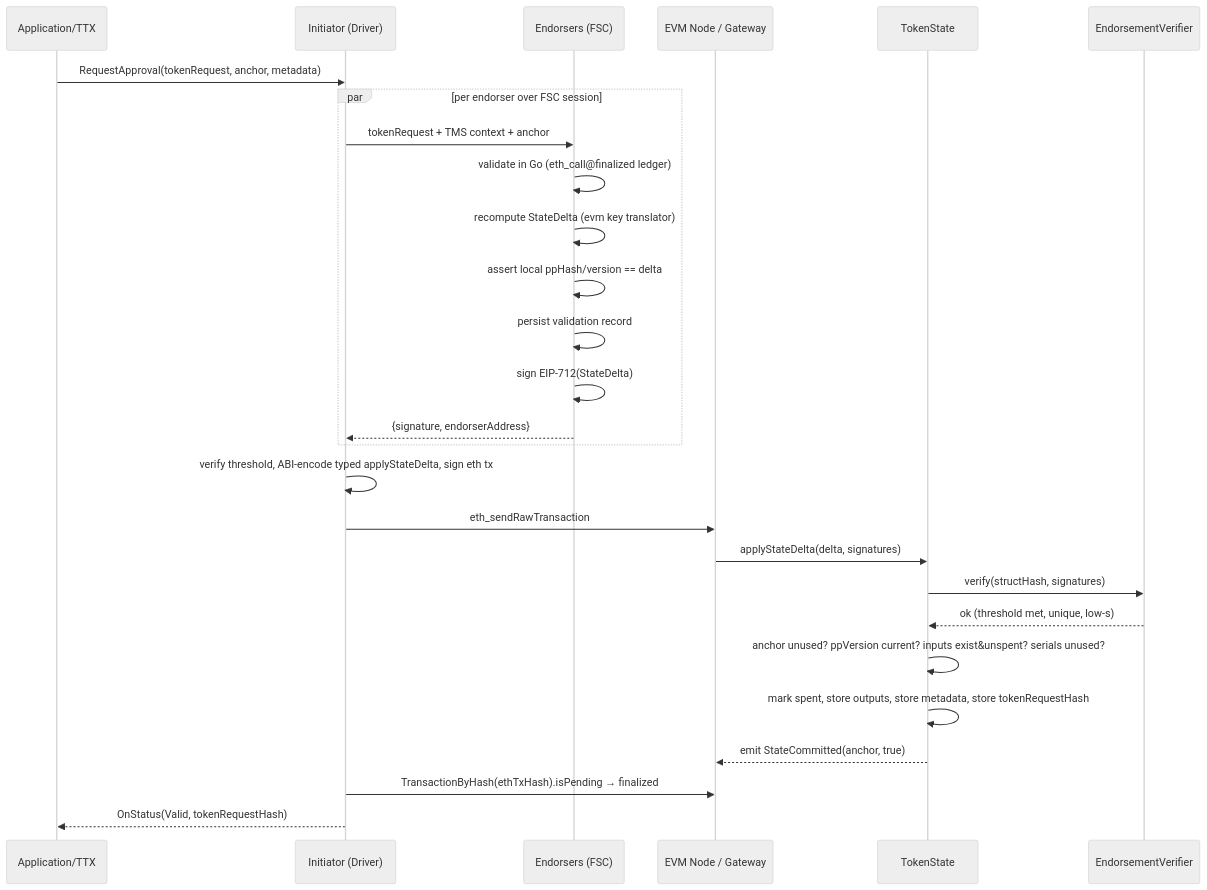
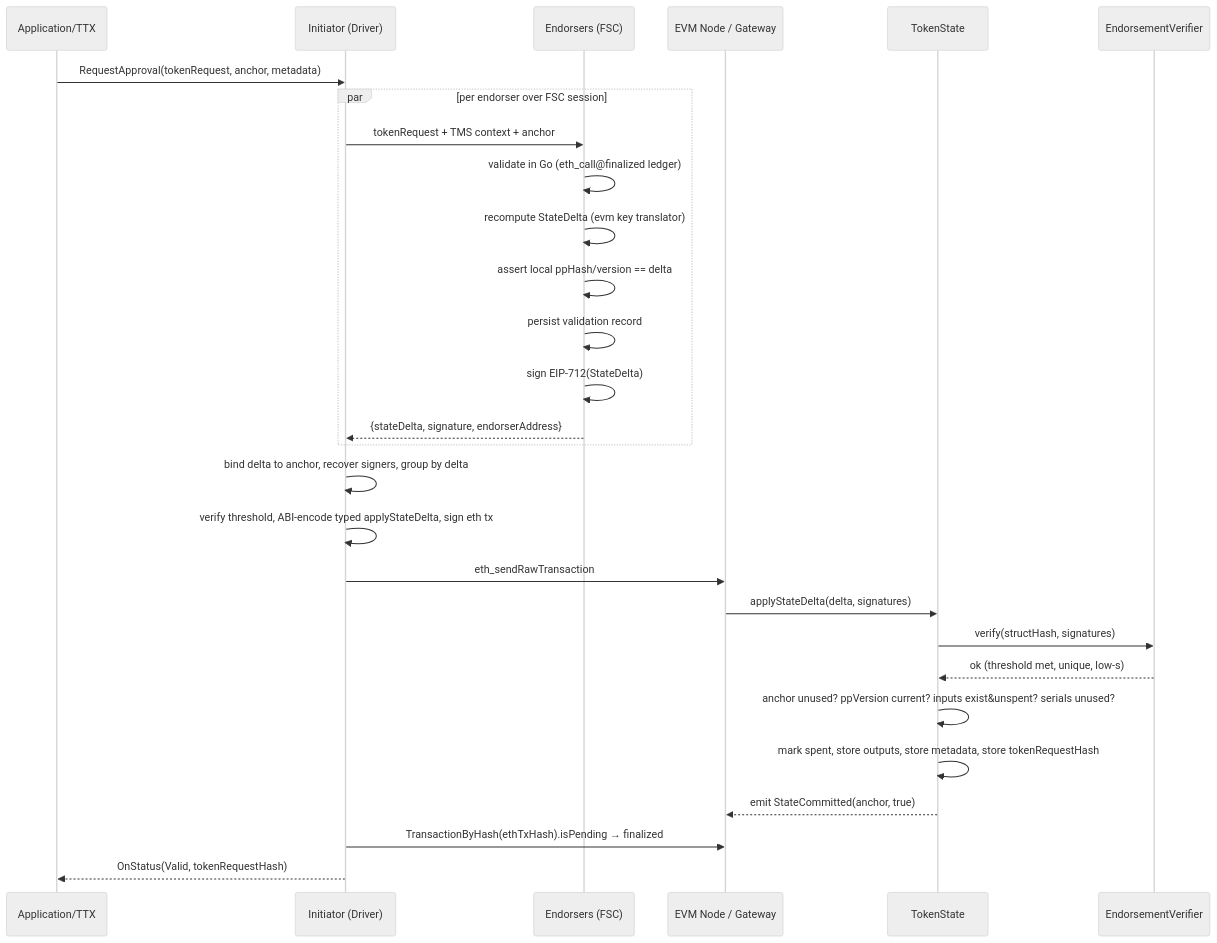
One commit to LFDT-Panurus/panurus changed the diagram in x/token/services/network/evm/eth_network_driver_design.md. Above: the diagram before and after it, drawn with Mermaid (neutral theme). The commit also changed other lines of this file and 16 other files, not shown here.

````diff
--- a/x/token/services/network/evm/eth_network_driver_design.md
+++ b/x/token/services/network/evm/eth_network_driver_design.md
@@ -92,30 +92,31 @@
 ```mermaid
 sequenceDiagram
     participant App as Application/TTX
     participant I as Initiator (Driver)
     participant E as Endorsers (FSC)
     participant N as EVM Node / Gateway
     participant TS as TokenState
     participant EV as EndorsementVerifier
 
     App->>I: RequestApproval(tokenRequest, anchor, metadata)
     par per endorser over FSC session
         I->>E: tokenRequest + TMS context + anchor
         E->>E: validate in Go (eth_call@finalized ledger)
         E->>E: recompute StateDelta (evm key translator)
         E->>E: assert local ppHash/version == delta
         E->>E: persist validation record
         E->>E: sign EIP-712(StateDelta)
-        E-->>I: {signature, endorserAddress}
+        E-->>I: {stateDelta, signature, endorserAddress}
     end
+    I->>I: bind delta to anchor, recover signers, group by delta
     I->>I: verify threshold, ABI-encode typed applyStateDelta, sign eth tx
     I->>N: eth_sendRawTransaction
     N->>TS: applyStateDelta(delta, signatures)
     TS->>EV: verify(structHash, signatures)
     EV-->>TS: ok (threshold met, unique, low-s)
     TS->>TS: anchor unused? ppVersion current? inputs exist&unspent? serials unused?
     TS->>TS: mark spent, store outputs, store metadata, store tokenRequestHash
     TS-->>N: emit StateCommitted(anchor, true)
     I->>N: TransactionByHash(ethTxHash).isPending → finalized
     I-->>App: OnStatus(Valid, tokenRequestHash)
 ```
````
